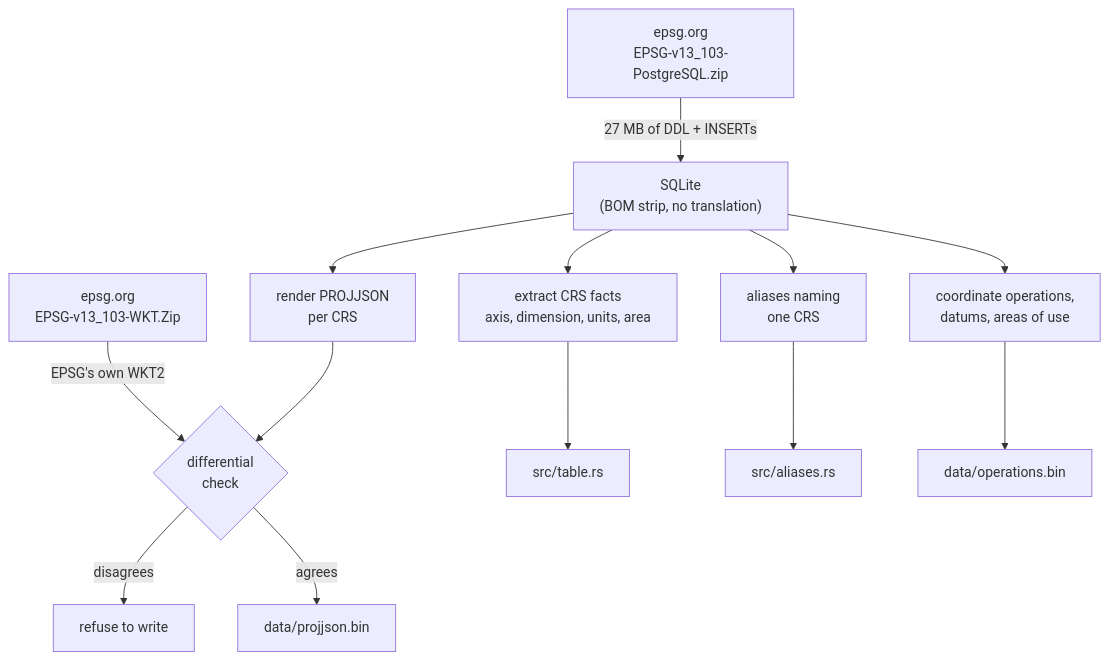
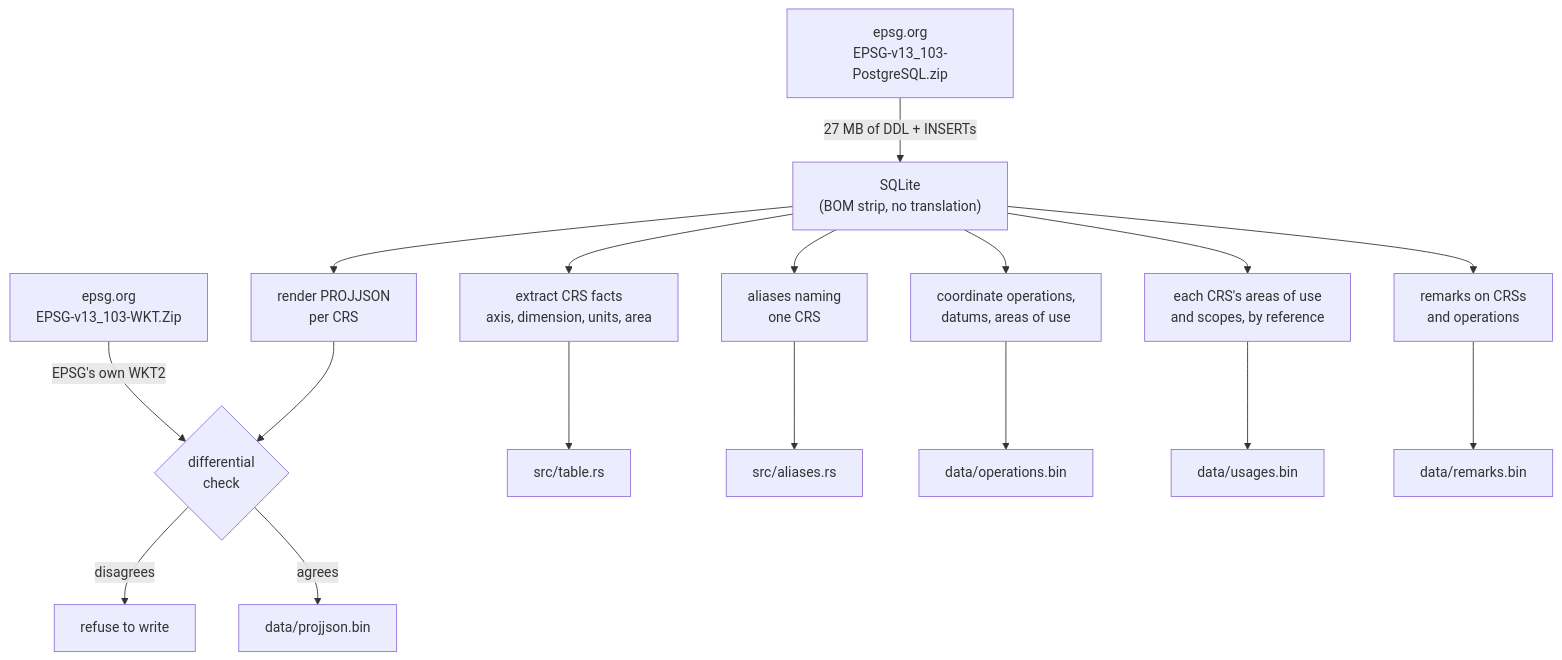
The diagram in crates/xeibe-crs/README.md (ttomasz/xeibe), drawn with Mermaid before and after one commit. The commit also changed other lines of this file and 13 other files, not shown here.

First line of the commit message:
xeibe-crs 0.3.0: areas of use, scopes and remarks

````diff
--- a/crates/xeibe-crs/README.md
+++ b/crates/xeibe-crs/README.md
@@ -30,13 +31,15 @@
 ```mermaid
 flowchart TD
     A["epsg.org<br/>EPSG-v13_103-PostgreSQL.zip"] -->|"27 MB of DDL + INSERTs"| B["SQLite<br/>(BOM strip, no translation)"]
     B --> C["render PROJJSON<br/>per CRS"]
     B --> D["extract CRS facts<br/>axis, dimension, units, area"]
     E["epsg.org<br/>EPSG-v13_103-WKT.Zip"] -->|"EPSG's own WKT2"| F{"differential<br/>check"}
     C --> F
     F -->|"disagrees"| G["refuse to write"]
     F -->|"agrees"| H["data/projjson.bin"]
     D --> I["src/table.rs"]
     B --> J["aliases naming<br/>one CRS"] --> K["src/aliases.rs"]
     B --> L["coordinate operations,<br/>datums, areas of use"] --> M["data/operations.bin"]
+    B --> N["each CRS's areas of use<br/>and scopes, by reference"] --> O["data/usages.bin"]
+    B --> P["remarks on CRSs<br/>and operations"] --> Q["data/remarks.bin"]
 ```
````
